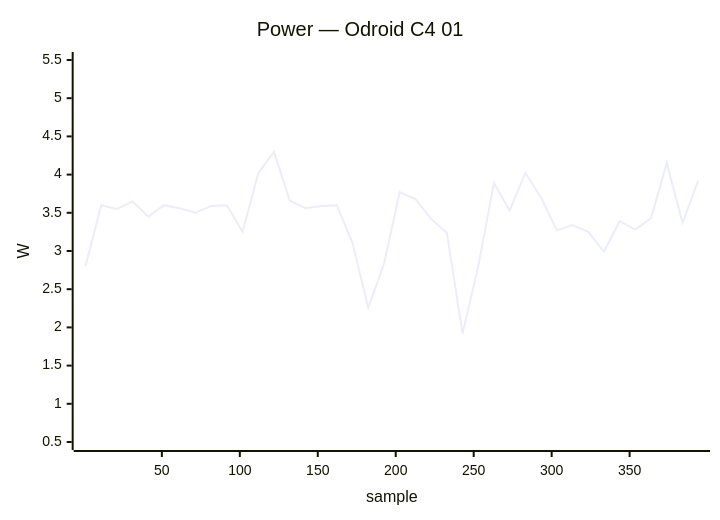
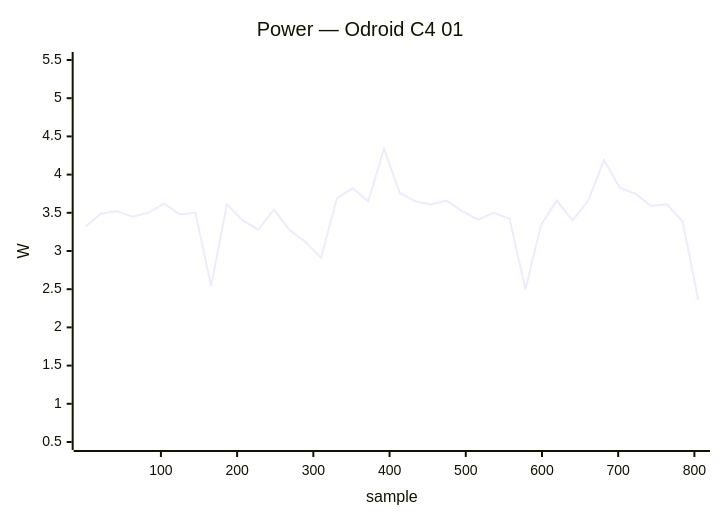
Diagram 11 of 25 in docs/status/board-tests.md (armbian/documentation), drawn with Mermaid before and after one commit. The commit also changed other lines of this file, not shown here.

````diff
--- a/docs/status/board-tests.md
+++ b/docs/status/board-tests.md
@@ -663,7 +671,7 @@
     ```mermaid
     xychart-beta
         title "Power — Odroid C4 01"
-        x-axis "sample" 1 --> 394
+        x-axis "sample" 1 --> 805
         y-axis "W" 0.5 --> 5.5
-        line [2.80, 3.60, 3.55, 3.65, 3.45, 3.60, 3.56, 3.50, 3.59, 3.60, 3.25, 4.02, 4.30, 3.66, 3.56, 3.59, 3.60, 3.10, 2.26, 2.83, 3.77, 3.68, 3.42, 3.24, 1.92, 2.80, 3.89, 3.53, 4.02, 3.70, 3.27, 3.34, 3.25, 2.99, 3.39, 3.28, 3.43, 4.15, 3.37, 3.92]
+        line [3.32, 3.49, 3.52, 3.45, 3.50, 3.62, 3.48, 3.50, 2.54, 3.61, 3.40, 3.28, 3.54, 3.27, 3.12, 2.91, 3.69, 3.82, 3.65, 4.34, 3.76, 3.65, 3.61, 3.66, 3.52, 3.41, 3.50, 3.42, 2.50, 3.34, 3.66, 3.40, 3.66, 4.19, 3.83, 3.75, 3.59, 3.61, 3.39, 2.36]
     ```
````
